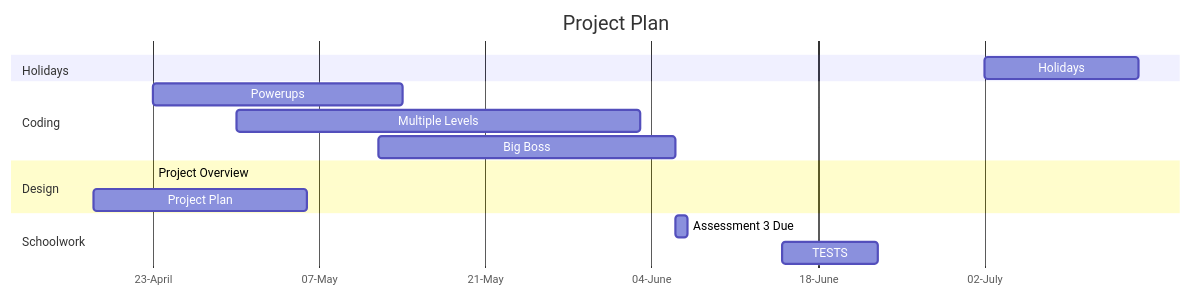
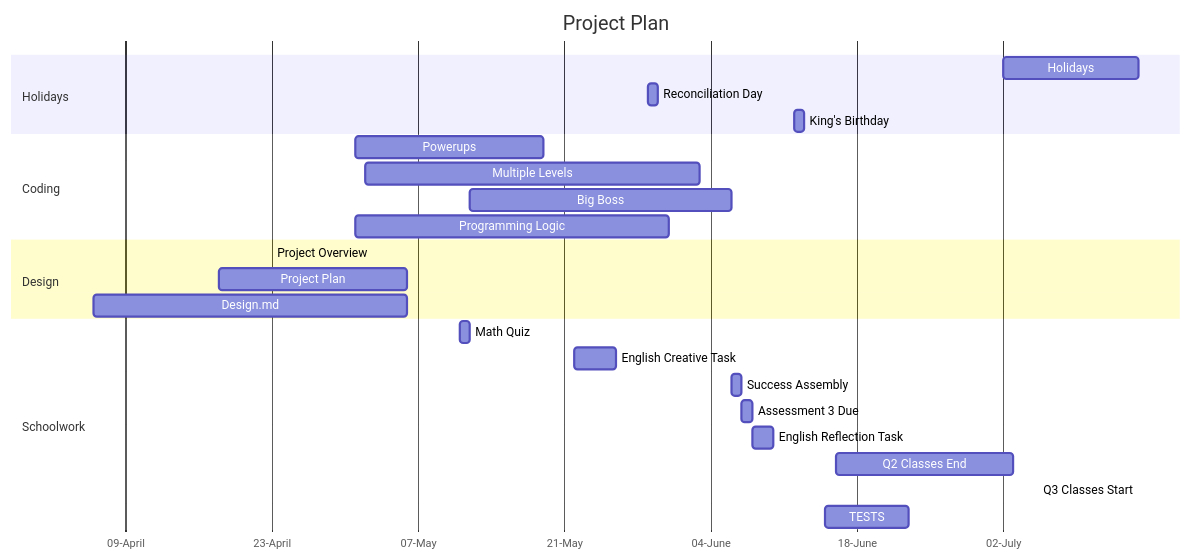
Before and after one commit to 0676693/Invade-Spacers: the second of 2 diagrams in design.md, drawn with Mermaid. The commit also changed other lines of this file, not shown here.

````diff
--- a/design.md
+++ b/design.md
@@ -40,23 +44,33 @@
 ```mermaid
 gantt
     title Project Plan
 dateFormat DD-MM-YY
 axisFormat %d-%B
 tickInterval 2week
 
 section Holidays
 Holidays: 02-07-23, 15-07-23
+Reconciliation Day: 29-05-23, 1d
+King's Birthday: 12-06-23, 1d
 
 section Coding
-Powerups: 23-04-23, 14-05-23
-Multiple Levels: 30-04-23, 03-06-23
+Powerups: 01-05-23, 19-05-23
+Multiple Levels: 02-05-23, 03-06-23
 Big Boss: 12-05-23, 06-06-23
+Programming Logic: 01-05-23, 30d
 
 section Design
 Project Overview:23-04-23, id
 Project Plan: 18-04-23, 06-05-23
+Design.md: 06-04-23, 06-05-23
 
 section Schoolwork
-Assessment 3 Due: 06-06-23, 07-06-23
+Math Quiz: 11-05-23, 1d
+English Creative Task: 22-05-23, 26-05-23
+Success Assembly: 06-06-23, 1d
+Assessment 3 Due: 07-06-23, 08-06-23
+English Reflection Task: 08-06-23, 2d
+Q2 Classes End: 16-06-23, 03-07-23
+Q3 Classes Start: 15-07-23, 15-07-23
 TESTS: 15-06-23, 23-06-23
 ```
````
